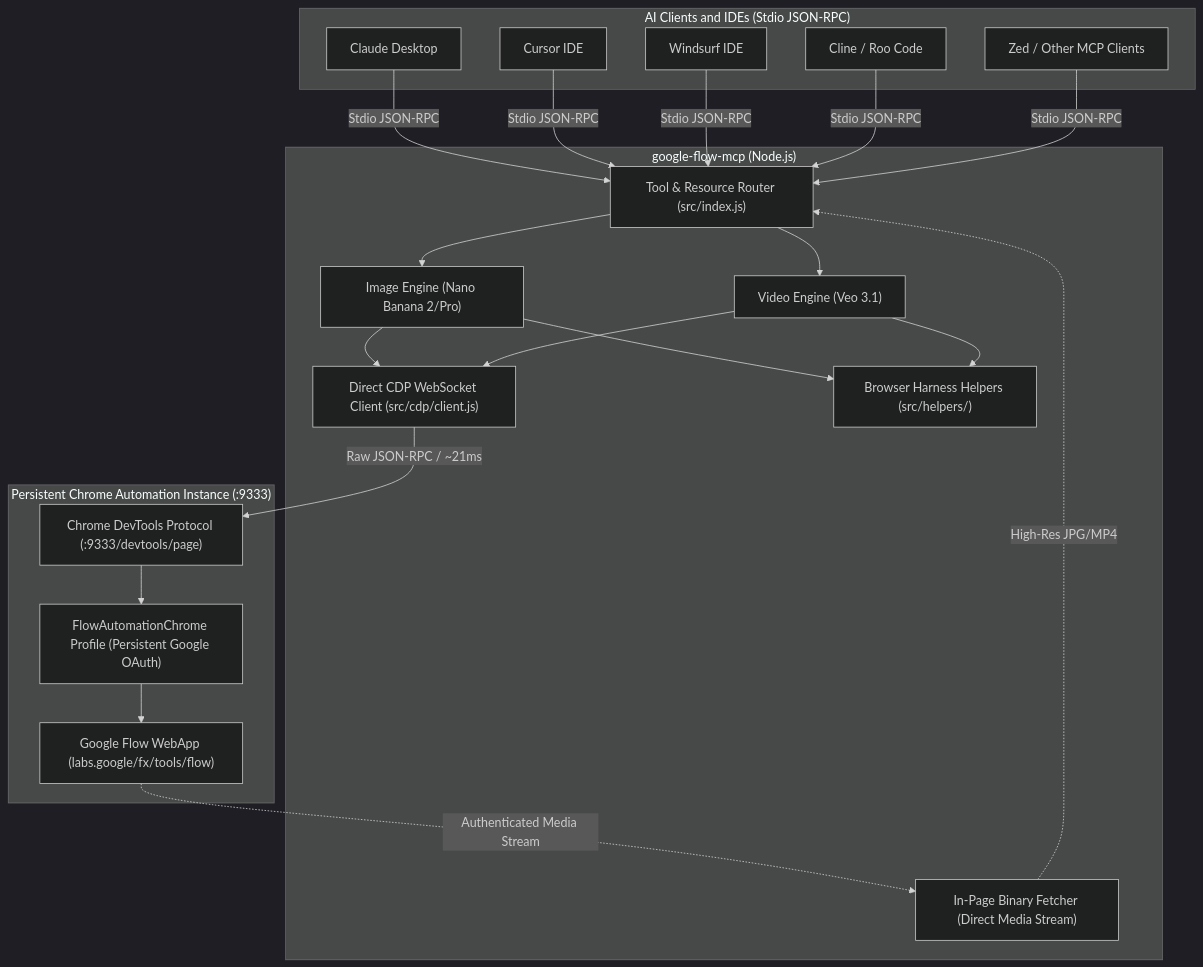
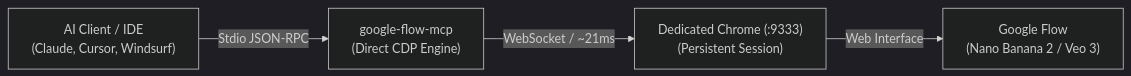
Before and after one commit to vynnlee/google-flow-mcp: the diagram in README.md, drawn with Mermaid (dark theme).

Commit message:
docs: simplify architecture diagram to a concise 4-node linear pipeline

````diff
--- a/README.md
+++ b/README.md
@@ -210,33 +210,6 @@
 ```mermaid
-flowchart TD
-    subgraph Clients["AI Clients and IDEs (Stdio JSON-RPC)"]
-        Claude["Claude Desktop"]
-        Cursor["Cursor IDE"]
-        Windsurf["Windsurf IDE"]
-        Cline["Cline / Roo Code"]
-        Zed["Zed / Other MCP Clients"]
-    end
-
-    subgraph MCPServer["google-flow-mcp (Node.js)"]
-        Router["Tool & Resource Router (src/index.js)"]
-        GenImg["Image Engine (Nano Banana 2/Pro)"]
-        GenVid["Video Engine (Veo 3.1)"]
-        CDPClient["Direct CDP WebSocket Client (src/cdp/client.js)"]
-        Helpers["Browser Harness Helpers (src/helpers/)"]
-        InPageFetch["In-Page Binary Fetcher (Direct Media Stream)"]
-    end
-
-    subgraph Browser["Persistent Chrome Automation Instance (:9333)"]
-        CDP["Chrome DevTools Protocol (:9333/devtools/page)"]
-        Profile["FlowAutomationChrome Profile (Persistent Google OAuth)"]
-        FlowApp["Google Flow WebApp (labs.google/fx/tools/flow)"]
-    end
-
-    Claude & Cursor & Windsurf & Cline & Zed -->|Stdio JSON-RPC| Router
-    Router --> GenImg & GenVid
-    GenImg & GenVid --> CDPClient & Helpers
-    CDPClient -->|Raw JSON-RPC / ~21ms| CDP
-    CDP --> Profile --> FlowApp
-    FlowApp -.->|Authenticated Media Stream| InPageFetch
-    InPageFetch -.->|High-Res JPG/MP4| Router
+flowchart LR
+    Client["AI Client / IDE\n(Claude, Cursor, Windsurf)"] -->|Stdio JSON-RPC| MCP["google-flow-mcp\n(Direct CDP Engine)"]
+    MCP -->|WebSocket / ~21ms| Chrome["Dedicated Chrome (:9333)\n(Persistent Session)"]
+    Chrome -->|Web Interface| Flow["Google Flow\n(Nano Banana 2 / Veo 3)"]
 ```
````
